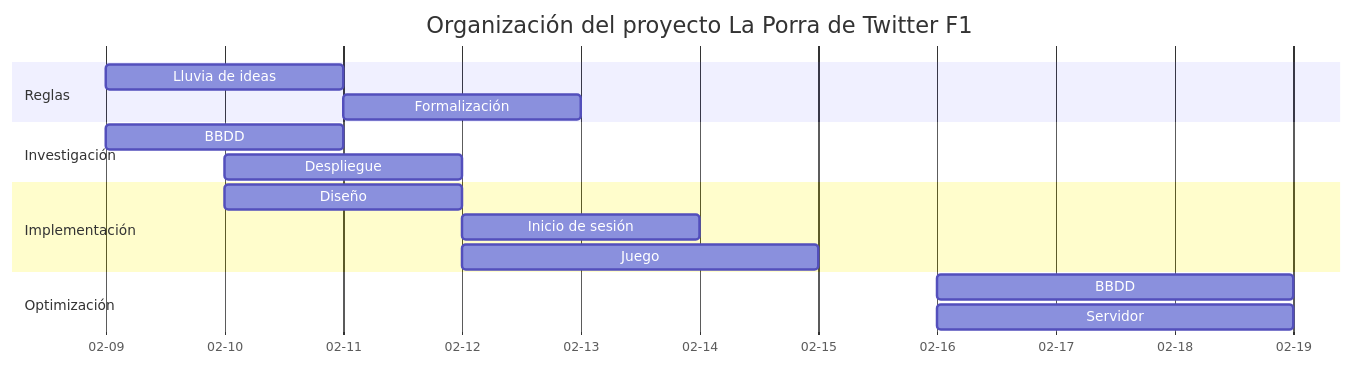
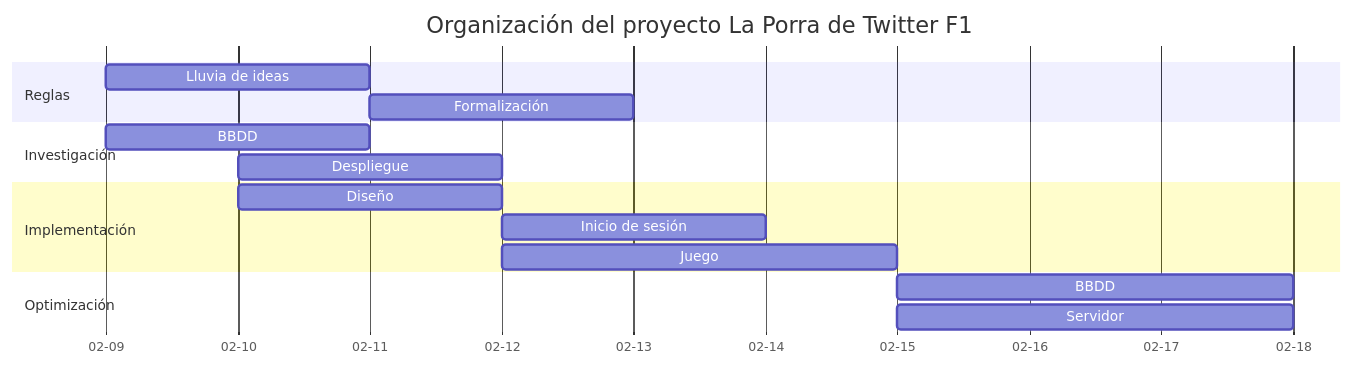
The diagram in _posts/2023-02-25-Como-consegui-400-usuarios.md (enriqueesanchz/enriqueesanchz.github.io), drawn with Mermaid before and after one commit. The commit also changed other lines of this file, not shown here.

````diff
--- a/_posts/2023-02-25-Como-consegui-400-usuarios.md
+++ b/_posts/2023-02-25-Como-consegui-400-usuarios.md
@@ -25,23 +25,23 @@
 ```mermaid
  gantt
   dateFormat  YYYY-MM-DD
   axisFormat %m-%d
   title  Organización del proyecto La Porra de Twitter F1
   
   section Reglas
   Lluvia de ideas :a, 2022-02-09, 2d
   Formalización :b, after a, 2d
   
   section Investigación
   BBDD :c, 2022-02-09, 2d
   Despliegue :e, 2022-02-10, 2d
   
   section Implementación
   Diseño :f, 2022-02-10, 2d
   Inicio de sesión :d, after f, 2d
   Juego :g, after f, 3d
   
   section Optimización
-  BBDD: h, 2022-02-16, 3d
-  Servidor: i, 2022-02-16, 3d
+  BBDD: h, 2022-02-15, 3d
+  Servidor: i, 2022-02-15, 3d
 ```
````
